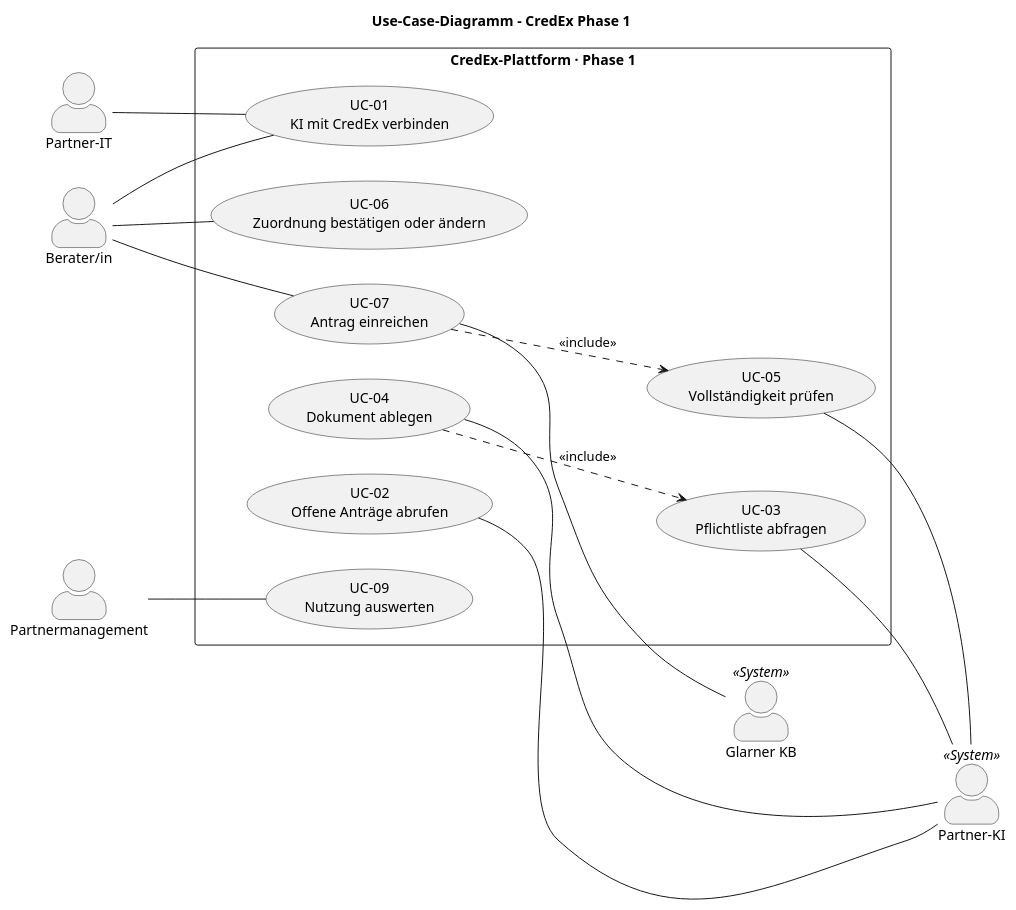
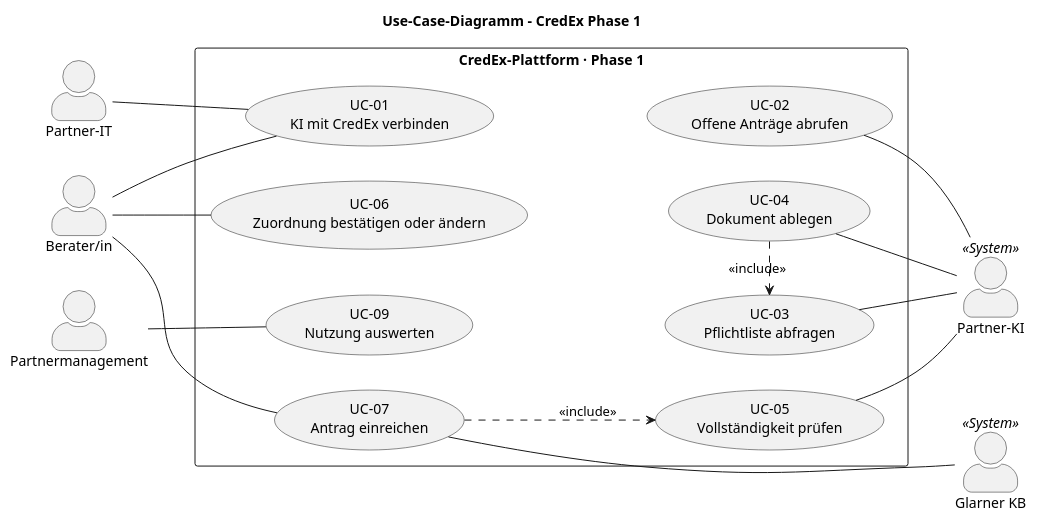
One commit to chocobear26/credex-cas changed the diagram in content/use_case/useCaseDiagram.puml. Above: the diagram before and after it, drawn with PlantUML. The commit also changed 43 other files, not shown here.

First line of the commit message:
v1.1 Lesbarere Diagramme: PlantUML-Stil, Soll-Prozess als BPMN, Systemkontext in D2

```diff
--- a/content/use_case/useCaseDiagram.puml
+++ b/content/use_case/useCaseDiagram.puml
@@ -1,43 +1,49 @@
 @startuml UseCaseDiagramm
 left to right direction
 skinparam actorStyle awesome
 skinparam packageStyle rectangle
 
 title Use-Case-Diagramm – CredEx Phase 1
 
 ' --- Primäre Akteure (links)
 actor "Partner-IT" as partnerIt
 actor "Berater/in" as berater
 actor "Partnermanagement" as pm
 
 ' --- System-Akteure (rechts)
 actor "Partner-KI" as ki <<System>>
 actor "Glarner KB" as glkb <<System>>
 
 rectangle "CredEx-Plattform · Phase 1" {
   usecase "UC-01\nKI mit CredEx verbinden" as UC01
   usecase "UC-06\nZuordnung bestätigen oder ändern" as UC06
   usecase "UC-07\nAntrag einreichen" as UC07
+  usecase "UC-09\nNutzung auswerten" as UC09
   usecase "UC-02\nOffene Anträge abrufen" as UC02
   usecase "UC-03\nPflichtliste abfragen" as UC03
   usecase "UC-04\nDokument ablegen" as UC04
   usecase "UC-05\nVollständigkeit prüfen" as UC05
-  usecase "UC-09\nNutzung auswerten" as UC09
 }
 
 partnerIt -- UC01
 berater -- UC01
 berater -- UC06
 berater -- UC07
 pm -- UC09
 
+' Spalte 2: Werkzeuge der Partner-KI (hidden: nur Layout)
+UC01 -[hidden]- UC02
+UC06 -[hidden]- UC04
+UC09 -[hidden]- UC03
+
+UC04 .> UC03 : <<include>>
+UC07 ..> UC05 : <<include>>
+
 UC02 -- ki
 UC03 -- ki
 UC04 -- ki
 UC05 -- ki
+UC05 -[hidden]- glkb
 UC07 -- glkb
 
-UC04 ..> UC03 : <<include>>
-UC07 ..> UC05 : <<include>>
-
 @enduml
```
